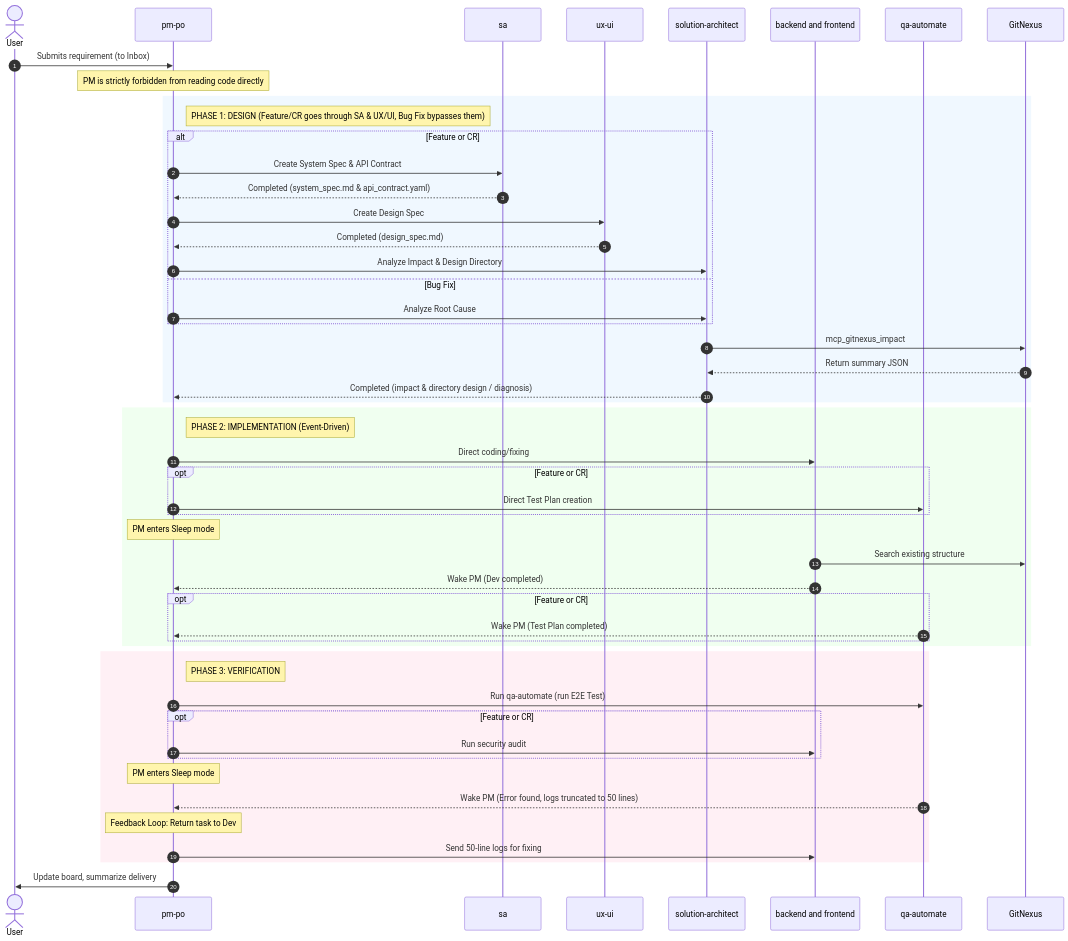
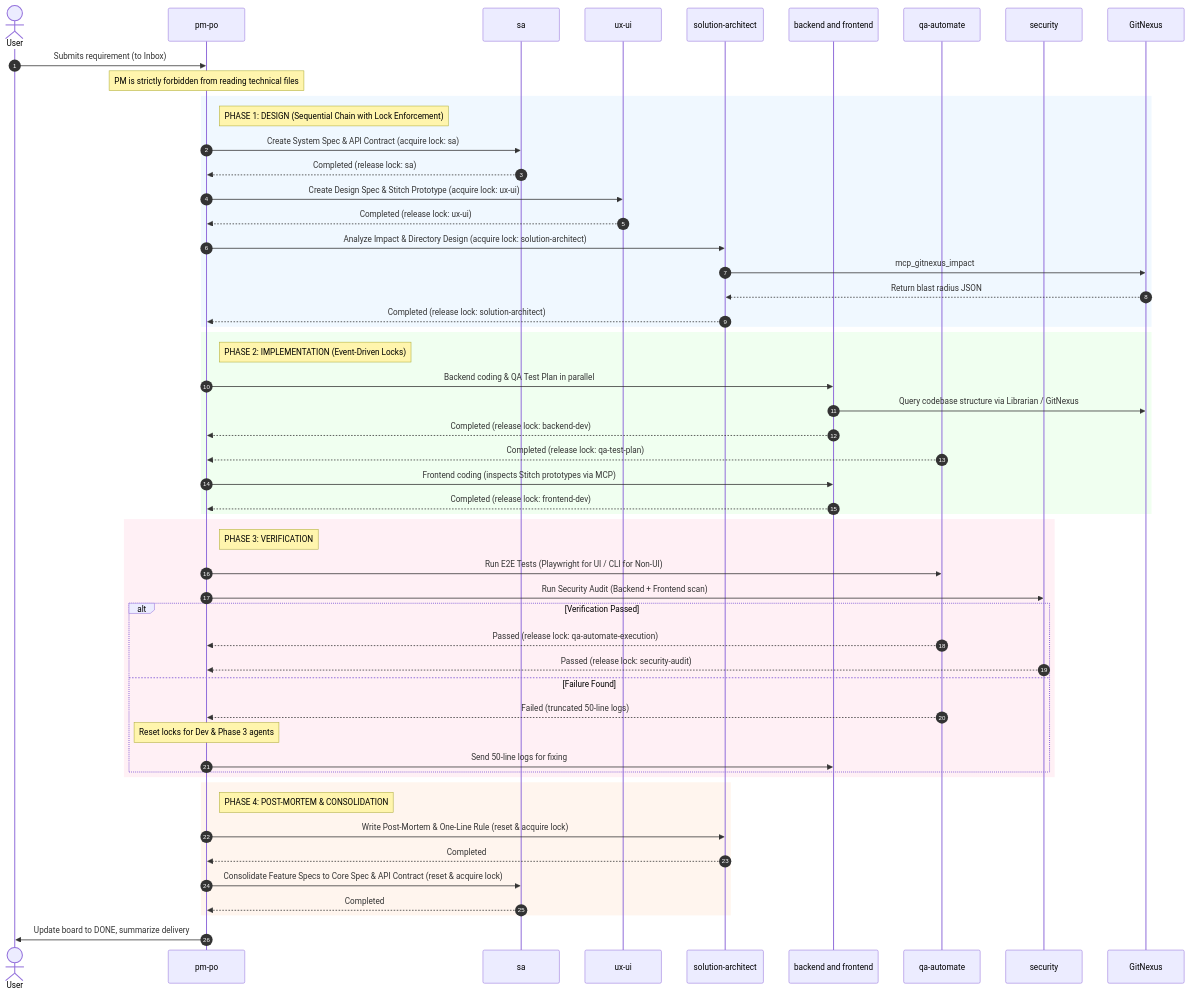
The second of 2 diagrams in README.md (supat29182/gemini-agent-team-template), drawn with Mermaid before and after one commit. The commit also changed other lines of this file and 1 other file, not shown here.

Commit message:
docs: update system architecture diagrams and READMEs for AISDLC hardening
- Sync root README.md and second-brain/README.md with latest AISDLC workflow
- Update Mermaid diagrams for Phase 1 sequential chain (sa -> ux-ui -> solution-architect)
- Add Phase 4 post-mortem and spec consolidation flow details
- Document 8-agent lock manager protocol and Hotfix Lane procedures
- Clarify SA spec consolidation role and updated diary/changelog naming standards

````diff
--- a/README.md
+++ b/README.md
@@ -49,61 +50,63 @@
 ```mermaid
 sequenceDiagram
     autonumber
     actor User
     participant PM as pm-po
     participant SA as sa
     participant UX as ux-ui
     participant Arch as solution-architect
     participant Devs as backend and frontend
     participant QA as qa-automate
+    participant Sec as security
     participant Nexus as GitNexus
     
     User->>PM: Submits requirement (to Inbox)
-    Note over PM: PM is strictly forbidden from reading code directly
+    Note over PM: PM is strictly forbidden from reading technical files
     
     rect rgb(240, 248, 255)
-        Note right of PM: PHASE 1: DESIGN (Feature/CR goes through SA & UX/UI, Bug Fix bypasses them)
-        alt Feature or CR
-            PM->>SA: Create System Spec & API Contract
-            SA-->>PM: Completed (system_spec.md & api_contract.yaml)
-            PM->>UX: Create Design Spec
-            UX-->>PM: Completed (design_spec.md)
-            PM->>Arch: Analyze Impact & Design Directory
-        else Bug Fix
-            PM->>Arch: Analyze Root Cause
-        end
+        Note right of PM: PHASE 1: DESIGN (Sequential Chain with Lock Enforcement)
+        PM->>SA: Create System Spec & API Contract (acquire lock: sa)
+        SA-->>PM: Completed (release lock: sa)
+        PM->>UX: Create Design Spec & Stitch Prototype (acquire lock: ux-ui)
+        UX-->>PM: Completed (release lock: ux-ui)
+        PM->>Arch: Analyze Impact & Directory Design (acquire lock: solution-architect)
         Arch->>Nexus: mcp_gitnexus_impact
-        Nexus-->>Arch: Return summary JSON
-        Arch-->>PM: Completed (impact & directory design / diagnosis)
+        Nexus-->>Arch: Return blast radius JSON
+        Arch-->>PM: Completed (release lock: solution-architect)
     end
 
     rect rgb(240, 255, 240)
-        Note right of PM: PHASE 2: IMPLEMENTATION (Event-Driven)
-        PM->>Devs: Direct coding/fixing
-        opt Feature or CR
-            PM->>QA: Direct Test Plan creation
-        end
-        Note over PM: PM enters Sleep mode
-        
-        Devs->>Nexus: Search existing structure
-        Devs-->>PM: Wake PM (Dev completed)
-        opt Feature or CR
-            QA-->>PM: Wake PM (Test Plan completed)
-        end
+        Note right of PM: PHASE 2: IMPLEMENTATION (Event-Driven Locks)
+        PM->>Devs: Backend coding & QA Test Plan in parallel
+        Devs->>Nexus: Query codebase structure via Librarian / GitNexus
+        Devs-->>PM: Completed (release lock: backend-dev)
+        QA-->>PM: Completed (release lock: qa-test-plan)
+        PM->>Devs: Frontend coding (inspects Stitch prototypes via MCP)
+        Devs-->>PM: Completed (release lock: frontend-dev)
     end
 
     rect rgb(255, 240, 245)
         Note right of PM: PHASE 3: VERIFICATION
-        PM->>QA: Run qa-automate (run E2E Test)
-        opt Feature or CR
-            PM->>Devs: Run security audit
+        PM->>QA: Run E2E Tests (Playwright for UI / CLI for Non-UI)
+        PM->>Sec: Run Security Audit (Backend + Frontend scan)
+        
+        alt Verification Passed
+            QA-->>PM: Passed (release lock: qa-automate-execution)
+            Sec-->>PM: Passed (release lock: security-audit)
+        else Failure Found
+            QA-->>PM: Failed (truncated 50-line logs)
+            Note over PM: Reset locks for Dev & Phase 3 agents
+            PM->>Devs: Send 50-line logs for fixing
         end
-        Note over PM: PM enters Sleep mode
-        
-        QA-->>PM: Wake PM (Error found, logs truncated to 50 lines)
-        Note over PM: Feedback Loop: Return task to Dev
-        PM->>Devs: Send 50-line logs for fixing
+    end
+
+    rect rgb(255, 245, 238)
+        Note right of PM: PHASE 4: POST-MORTEM & CONSOLIDATION
+        PM->>Arch: Write Post-Mortem & One-Line Rule (reset & acquire lock)
+        Arch-->>PM: Completed
+        PM->>SA: Consolidate Feature Specs to Core Spec & API Contract (reset & acquire lock)
+        SA-->>PM: Completed
     end
     
-    PM->>User: Update board, summarize delivery
+    PM->>User: Update board to DONE, summarize delivery
 ```
````
